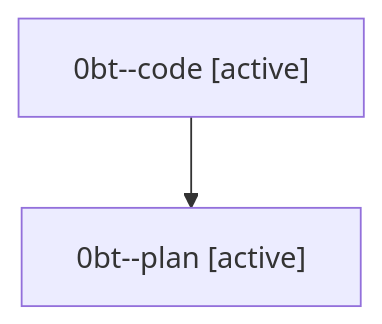
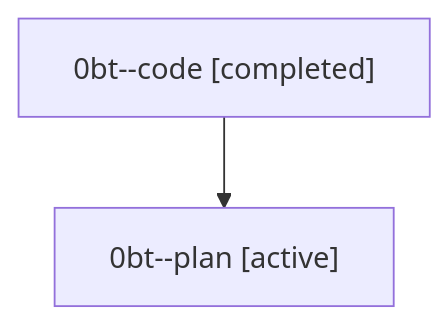
The diagram in families/bbugyi200.athena.0bt.md (sase-org/sase--agents), drawn with Mermaid before and after one commit. The commit also changed other lines of this file and 35830 other files, not shown here.

````diff
--- a/families/bbugyi200.athena.0bt.md
+++ b/families/bbugyi200.athena.0bt.md
@@ -9,6 +9,6 @@
 ```mermaid
 flowchart TD
-  n0["0bt--code [active]"]
+  n0["0bt--code [completed]"]
   n1["0bt--plan [active]"]
   n0 --> n1
 ```
````
